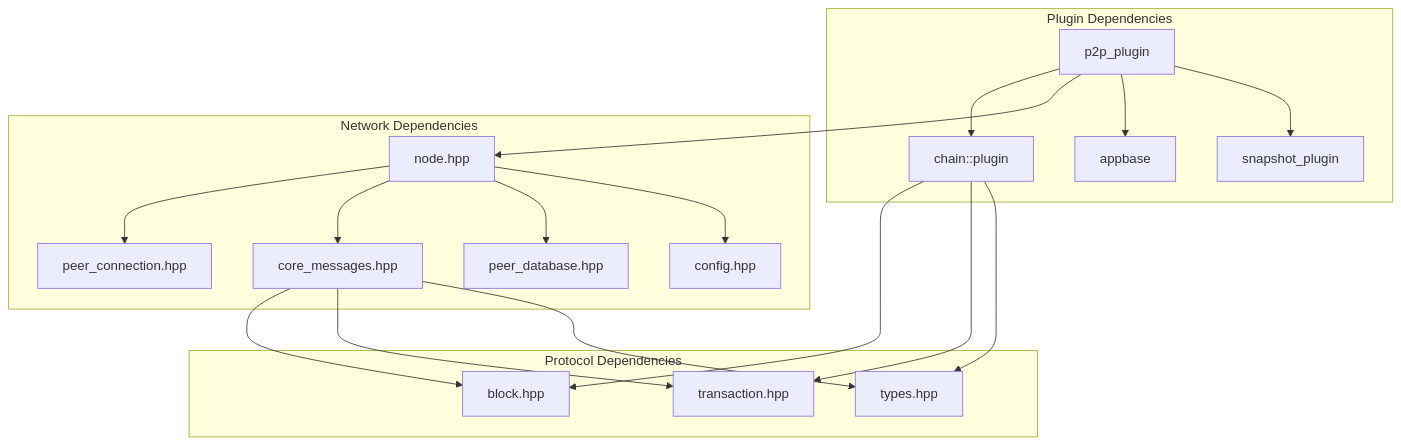
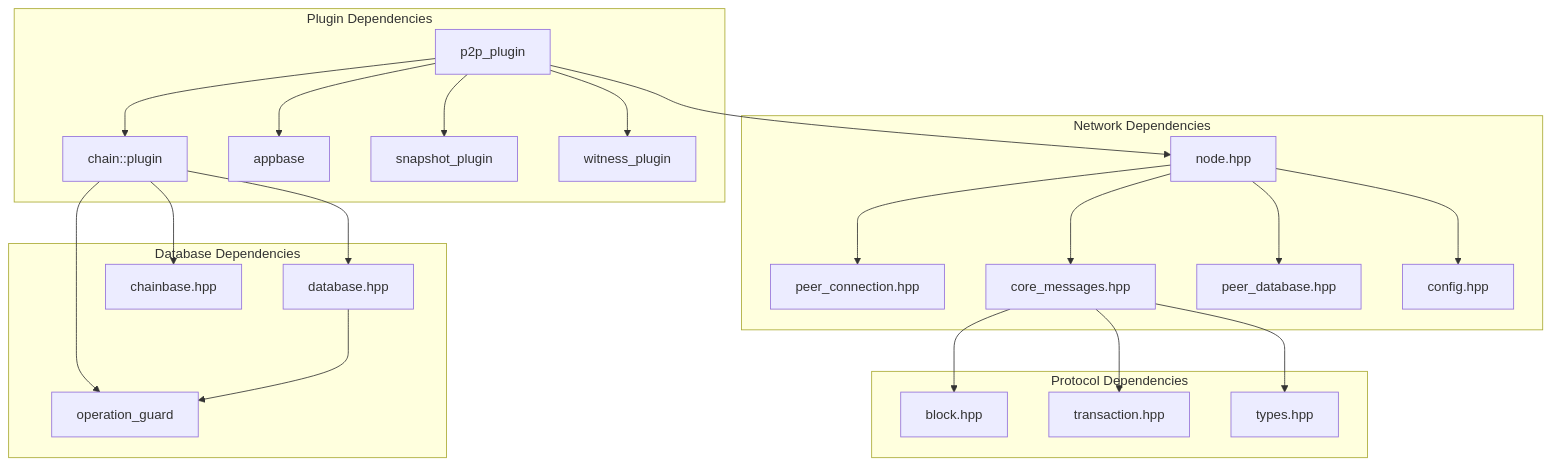
Before and after one commit to VIZ-Blockchain/viz-cpp-node: diagram 13 of 13 in .qoder/repowiki/en/content/P2p Plugin.md, drawn with Mermaid. The commit also changed other lines of this file and 5 other files, not shown here.

````diff
--- a/.qoder/repowiki/en/content/P2p Plugin.md
+++ b/.qoder/repowiki/en/content/P2p Plugin.md
@@ -401,35 +597,43 @@
 ```mermaid
 graph TB
 subgraph "Plugin Dependencies"
 P2P[p2p_plugin]
 Chain[chain::plugin]
 AppBase[appbase]
 Snapshot[snapshot_plugin]
+Witness[witness_plugin]
 end
 subgraph "Network Dependencies"
 Node[node.hpp]
 PeerConn[peer_connection.hpp]
 Messages[core_messages.hpp]
 PeerDB[peer_database.hpp]
 Config[config.hpp]
 end
 subgraph "Protocol Dependencies"
 Block[block.hpp]
 Transaction[transaction.hpp]
 Types[types.hpp]
 end
+subgraph "Database Dependencies"
+Database[database.hpp]
+Chainbase[chainbase.hpp]
+OperationGuard[operation_guard]
+end
 P2P --> Chain
 P2P --> Node
 P2P --> AppBase
 P2P --> Snapshot
+P2P --> Witness
 Node --> PeerConn
 Node --> Messages
 Node --> PeerDB
 Node --> Config
 Messages --> Block
 Messages --> Transaction
 Messages --> Types
-Chain --> Block
-Chain --> Transaction
-Chain --> Types
+Chain --> Database
+Chain --> Chainbase
+Chain --> OperationGuard
+Database --> OperationGuard
 ```
````
